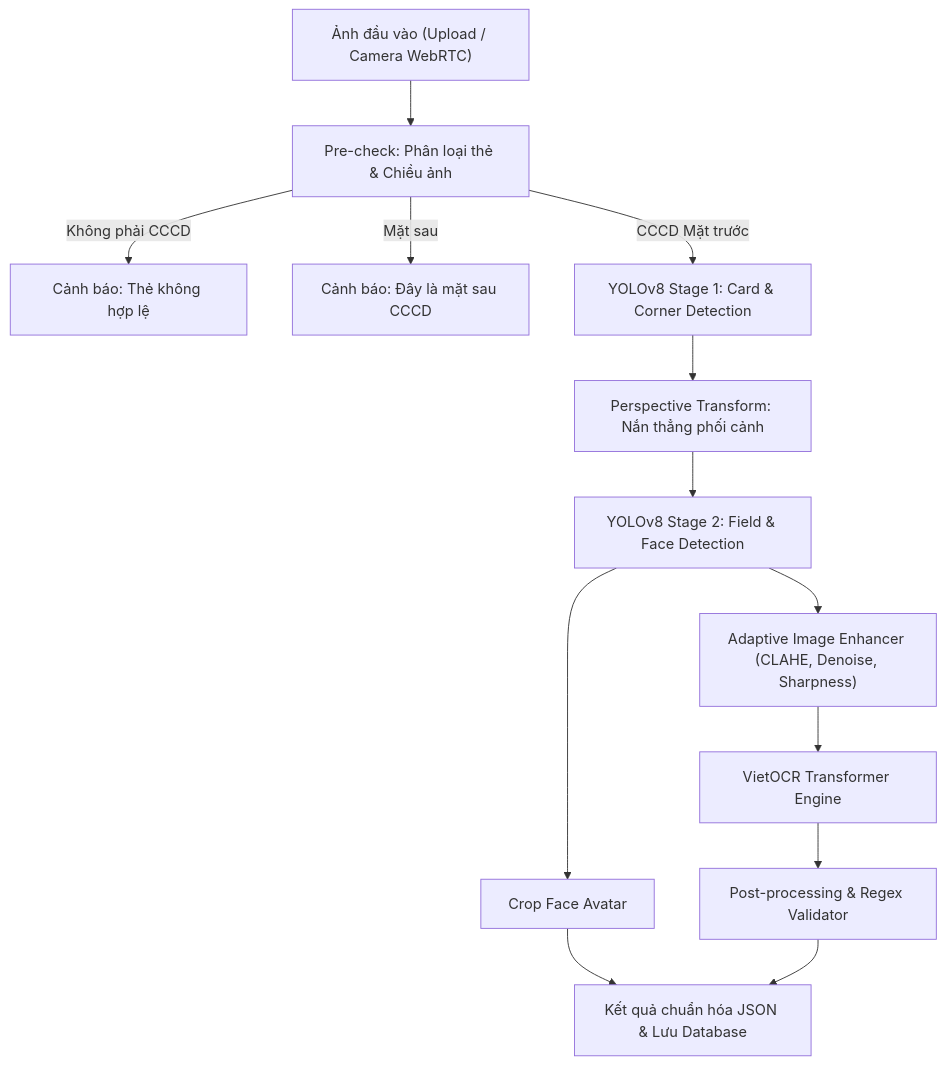
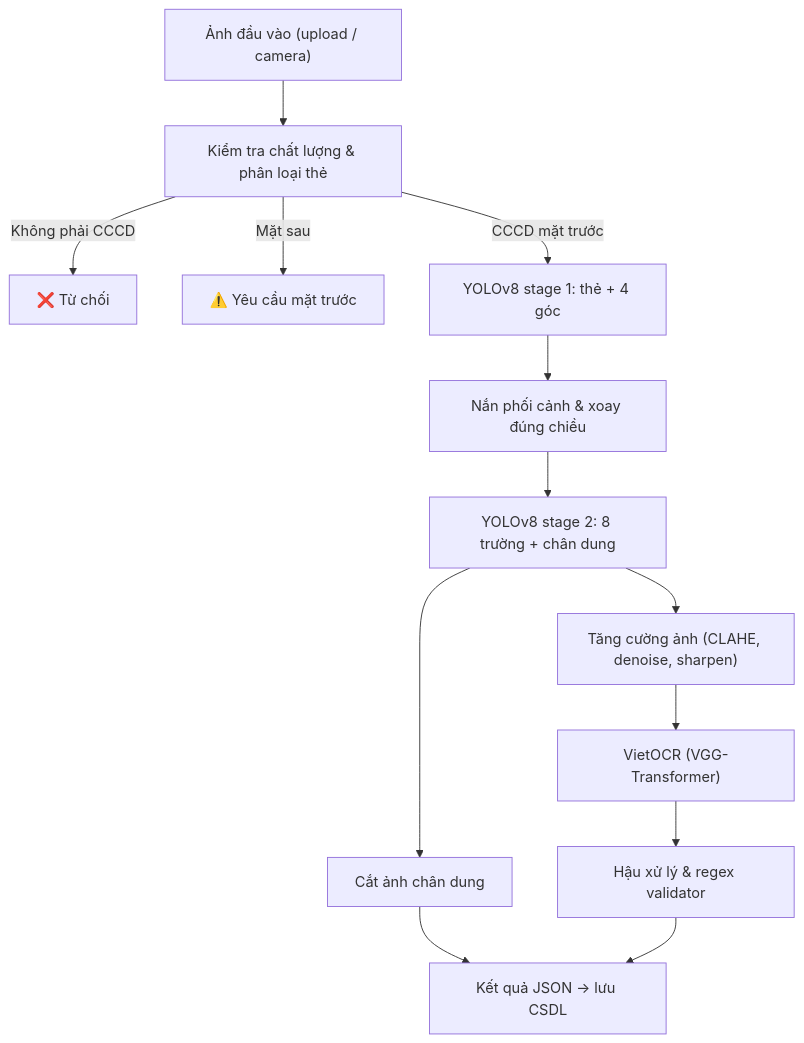
The diagram in README.md (vminh21/OCR_CCCD-yolov8-), drawn with Mermaid before and after one commit. The commit also changed other lines of this file, not shown here.

````diff
--- a/README.md
+++ b/README.md
@@ -95,15 +39,15 @@
 ```mermaid
 flowchart TD
-    A["Ảnh đầu vào (Upload / Camera WebRTC)"] --> B["Pre-check: Phân loại thẻ & Chiều ảnh"]
-    B -->|Không phải CCCD| B1["Cảnh báo: Thẻ không hợp lệ"]
-    B -->|Mặt sau| B2["Cảnh báo: Đây là mặt sau CCCD"]
-    B -->|CCCD Mặt trước| C["YOLOv8 Stage 1: Card & Corner Detection"]
-    C --> D["Perspective Transform: Nắn thẳng phối cảnh"]
-    D --> E["YOLOv8 Stage 2: Field & Face Detection"]
-    E --> F["Adaptive Image Enhancer (CLAHE, Denoise, Sharpness)"]
-    E --> G["Crop Face Avatar"]
-    F --> H["VietOCR Transformer Engine"]
-    H --> I["Post-processing & Regex Validator"]
-    G --> J["Kết quả chuẩn hóa JSON & Lưu Database"]
+    A["Ảnh đầu vào (upload / camera)"] --> B["Kiểm tra chất lượng & phân loại thẻ"]
+    B -->|Không phải CCCD| B1["❌ Từ chối"]
+    B -->|Mặt sau| B2["⚠️ Yêu cầu mặt trước"]
+    B -->|CCCD mặt trước| C["YOLOv8 stage 1: thẻ + 4 góc"]
+    C --> D["Nắn phối cảnh & xoay đúng chiều"]
+    D --> E["YOLOv8 stage 2: 8 trường + chân dung"]
+    E --> F["Tăng cường ảnh (CLAHE, denoise, sharpen)"]
+    E --> G["Cắt ảnh chân dung"]
+    F --> H["VietOCR (VGG-Transformer)"]
+    H --> I["Hậu xử lý & regex validator"]
+    G --> J["Kết quả JSON → lưu CSDL"]
     I --> J
 ```
````
